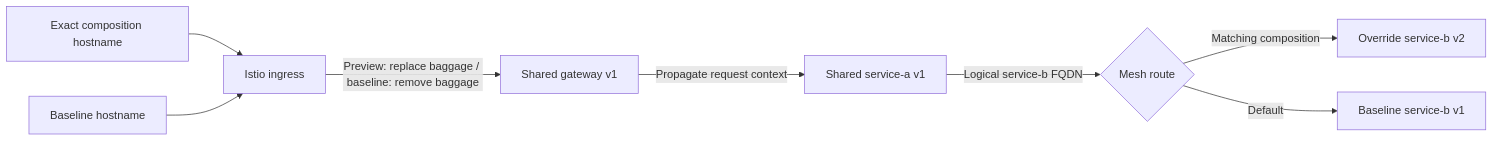
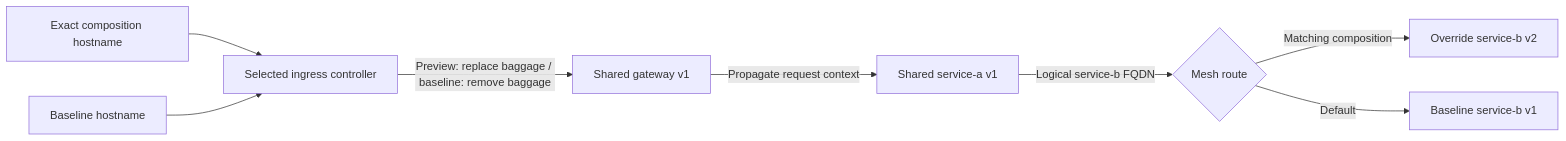
The diagram in docs/routing.md (dblooman/envy), drawn with Mermaid before and after one commit. The commit also changed other lines of this file and 104 other files, not shown here.

````diff
--- a/docs/routing.md
+++ b/docs/routing.md
@@ -8,10 +8,10 @@
 ```mermaid
 flowchart LR
-  Preview[Exact composition hostname] --> Ingress[Istio ingress]
+  Preview[Exact composition hostname] --> Ingress[Selected ingress controller]
   Baseline[Baseline hostname] --> Ingress
   Ingress -->|Preview: replace baggage / baseline: remove baggage| Gateway[Shared gateway v1]
   Gateway -->|Propagate request context| A[Shared service-a v1]
   A -->|Logical service-b FQDN| Route{Mesh route}
   Route -->|Matching composition| B2[Override service-b v2]
   Route -->|Default| B1[Baseline service-b v1]
 ```
````
